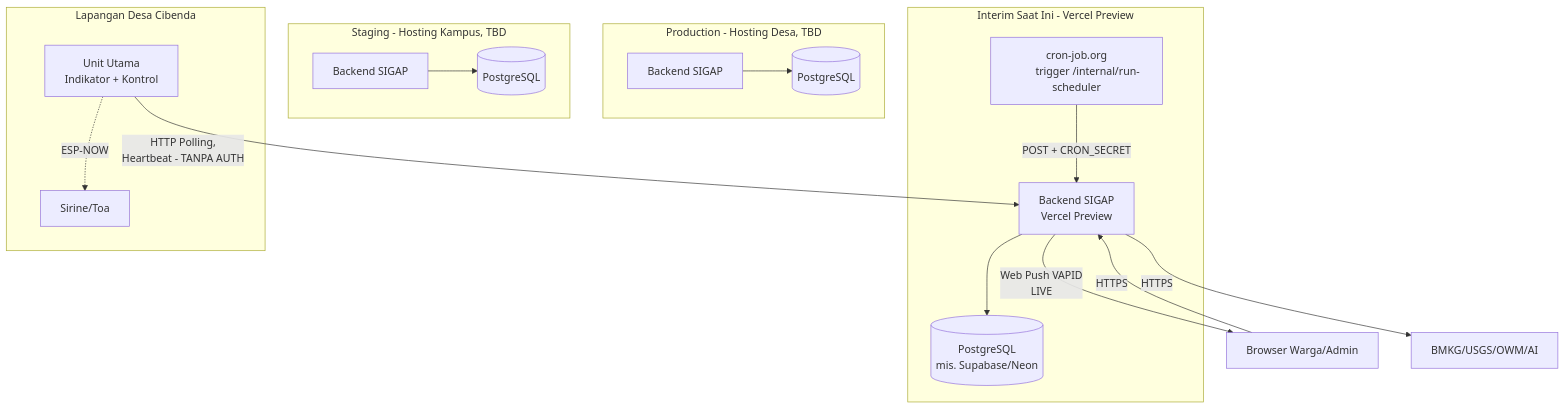
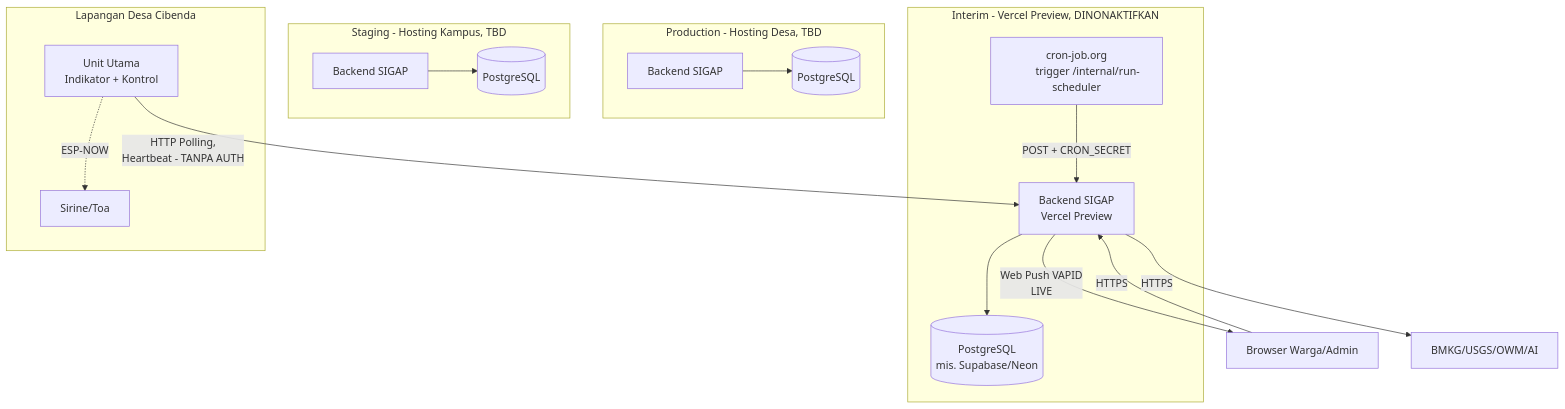
One commit to Vextronode/sigap_app changed the diagram in docs/architecture/08_deployment_view.md. Above: the diagram before and after it, drawn with Mermaid. The commit also changed other lines of this file and 1 other file, not shown here.

Commit message:
docs: mark Vercel deployment as decommissioned (DEPLOY-01)

````diff
--- a/docs/architecture/08_deployment_view.md
+++ b/docs/architecture/08_deployment_view.md
@@ -7,42 +9,42 @@
 ```mermaid
 flowchart TB
     subgraph Prod[Production - Hosting Desa, TBD]
         ProdBE[Backend SIGAP]
         ProdDB[(PostgreSQL)]
         ProdBE --> ProdDB
     end
 
     subgraph Staging[Staging - Hosting Kampus, TBD]
         StgBE[Backend SIGAP]
         StgDB[(PostgreSQL)]
         StgBE --> StgDB
     end
 
-    subgraph Interim[Interim Saat Ini - Vercel Preview]
+    subgraph Interim[Interim - Vercel Preview, DINONAKTIFKAN]
         VercelBE[Backend SIGAP
         Vercel Preview]
         VercelDB[(PostgreSQL
         mis. Supabase/Neon)]
         Cron[cron-job.org
         trigger /internal/run-scheduler]
         VercelBE --> VercelDB
         Cron -->|POST + CRON_SECRET| VercelBE
     end
 
     subgraph Lapangan[Lapangan Desa Cibenda]
         UnitUtama[Unit Utama
         Indikator + Kontrol]
         Sirine[Sirine/Toa]
         UnitUtama -.ESP-NOW.-> Sirine
     end
 
     Browser[Browser Warga/Admin]
 
     Browser -->|HTTPS| VercelBE
     UnitUtama -->|HTTP Polling,
     Heartbeat - TANPA AUTH| VercelBE
 
     VercelBE -->|HTTPS| ExtAPI[BMKG/USGS/OWM/AI]
     VercelBE -->|Web Push VAPID
     LIVE| Browser
 ```
````
